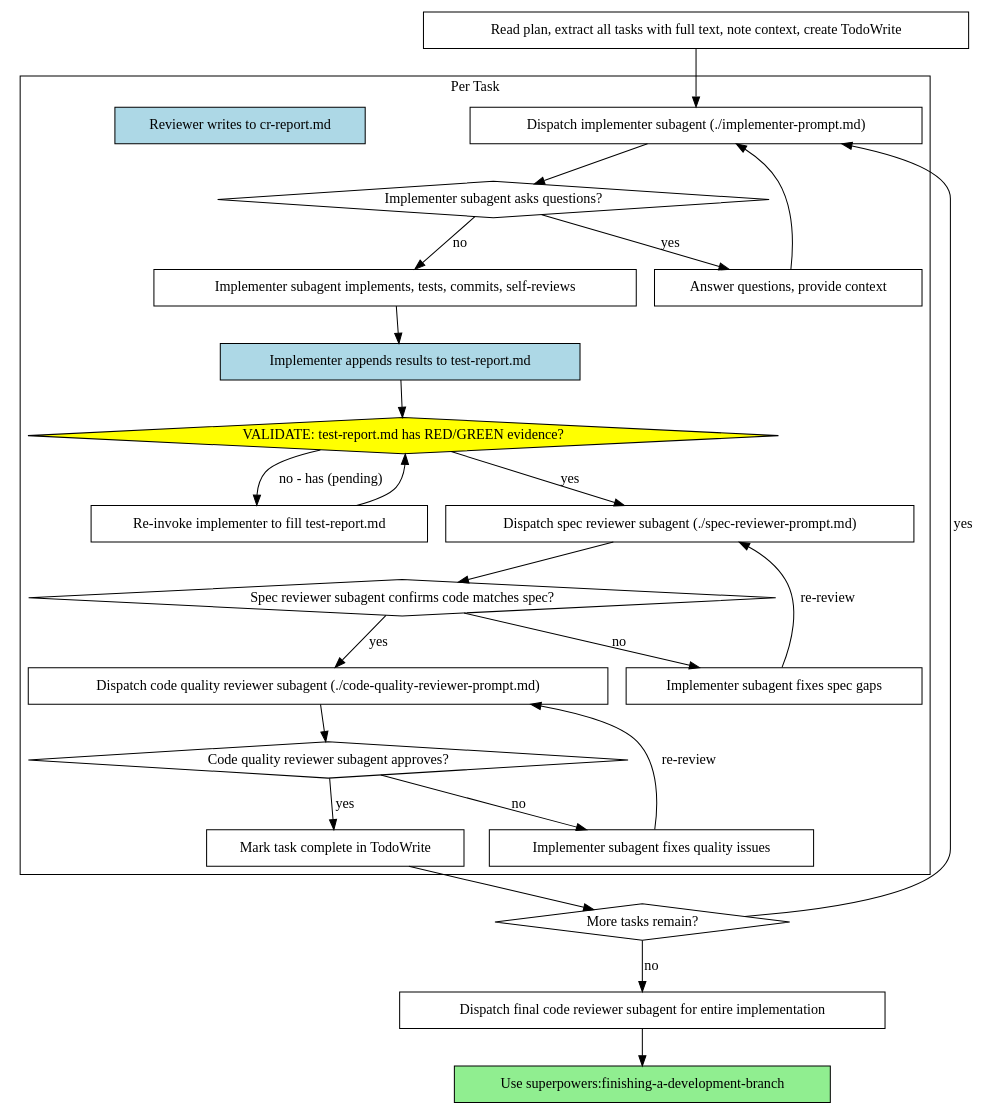
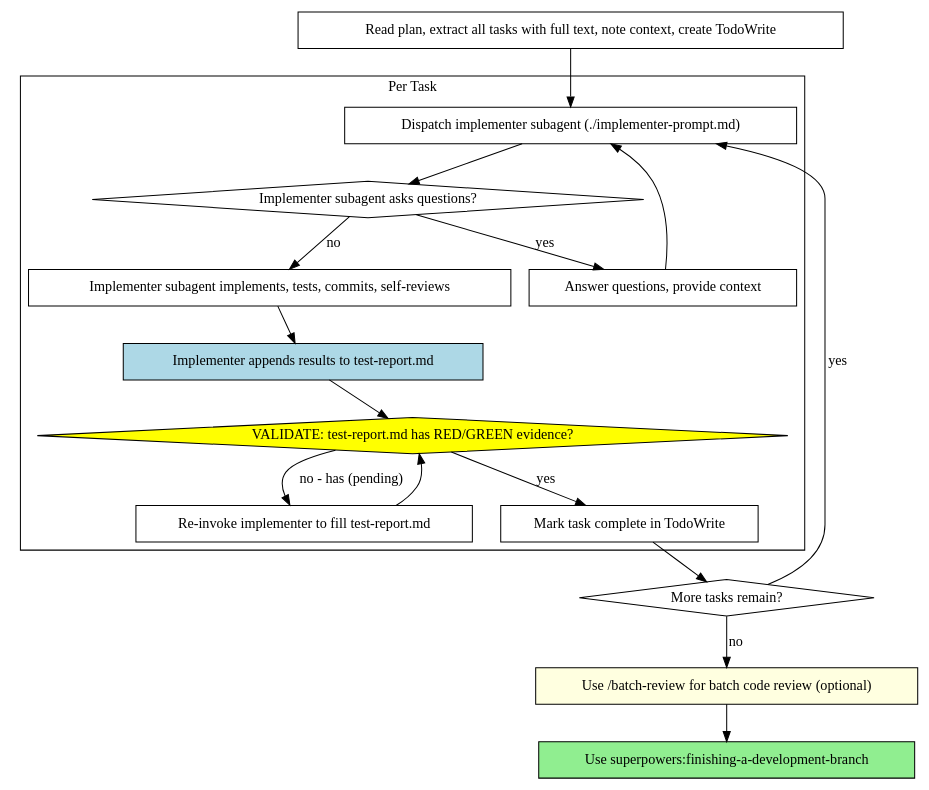
One commit to jerrydinguk-coder/superpowers changed the second of 2 diagrams in skills/subagent-driven-development/SKILL.md. Above: the diagram before and after it, drawn with Graphviz. The commit also changed other lines of this file and 4 other files, not shown here.

First line of the commit message:
feat(workflow): add batch-review skill and optimize subagent workflow

````diff
--- a/skills/subagent-driven-development/SKILL.md
+++ b/skills/subagent-driven-development/SKILL.md
@@ -46,52 +46,37 @@
 ```dot
 digraph process {
     rankdir=TB;
 
     subgraph cluster_per_task {
         label="Per Task";
         "Dispatch implementer subagent (./implementer-prompt.md)" [shape=box];
         "Implementer subagent asks questions?" [shape=diamond];
         "Answer questions, provide context" [shape=box];
         "Implementer subagent implements, tests, commits, self-reviews" [shape=box];
         "Implementer appends results to test-report.md" [shape=box style=filled fillcolor=lightblue];
         "VALIDATE: test-report.md has RED/GREEN evidence?" [shape=diamond style=filled fillcolor=yellow];
         "Re-invoke implementer to fill test-report.md" [shape=box];
-        "Dispatch spec reviewer subagent (./spec-reviewer-prompt.md)" [shape=box];
-        "Spec reviewer subagent confirms code matches spec?" [shape=diamond];
-        "Implementer subagent fixes spec gaps" [shape=box];
-        "Dispatch code quality reviewer subagent (./code-quality-reviewer-prompt.md)" [shape=box];
-        "Code quality reviewer subagent approves?" [shape=diamond];
-        "Reviewer writes to cr-report.md" [shape=box style=filled fillcolor=lightblue];
-        "Implementer subagent fixes quality issues" [shape=box];
         "Mark task complete in TodoWrite" [shape=box];
     }
 
     "Read plan, extract all tasks with full text, note context, create TodoWrite" [shape=box];
     "More tasks remain?" [shape=diamond];
-    "Dispatch final code reviewer subagent for entire implementation" [shape=box];
+    "Use /batch-review for batch code review (optional)" [shape=box style=filled fillcolor=lightyellow];
     "Use superpowers:finishing-a-development-branch" [shape=box style=filled fillcolor=lightgreen];
 
     "Read plan, extract all tasks with full text, note context, create TodoWrite" -> "Dispatch implementer subagent (./implementer-prompt.md)";
     "Dispatch implementer subagent (./implementer-prompt.md)" -> "Implementer subagent asks questions?";
     "Implementer subagent asks questions?" -> "Answer questions, provide context" [label="yes"];
     "Answer questions, provide context" -> "Dispatch implementer subagent (./implementer-prompt.md)";
     "Implementer subagent asks questions?" -> "Implementer subagent implements, tests, commits, self-reviews" [label="no"];
     "Implementer subagent implements, tests, commits, self-reviews" -> "Implementer appends results to test-report.md";
     "Implementer appends results to test-report.md" -> "VALIDATE: test-report.md has RED/GREEN evidence?";
     "VALIDATE: test-report.md has RED/GREEN evidence?" -> "Re-invoke implementer to fill test-report.md" [label="no - has (pending)"];
     "Re-invoke implementer to fill test-report.md" -> "VALIDATE: test-report.md has RED/GREEN evidence?";
-    "VALIDATE: test-report.md has RED/GREEN evidence?" -> "Dispatch spec reviewer subagent (./spec-reviewer-prompt.md)" [label="yes"];
-    "Dispatch spec reviewer subagent (./spec-reviewer-prompt.md)" -> "Spec reviewer subagent confirms code matches spec?";
-    "Spec reviewer subagent confirms code matches spec?" -> "Implementer subagent fixes spec gaps" [label="no"];
-    "Implementer subagent fixes spec gaps" -> "Dispatch spec reviewer subagent (./spec-reviewer-prompt.md)" [label="re-review"];
-    "Spec reviewer subagent confirms code matches spec?" -> "Dispatch code quality reviewer subagent (./code-quality-reviewer-prompt.md)" [label="yes"];
-    "Dispatch code quality reviewer subagent (./code-quality-reviewer-prompt.md)" -> "Code quality reviewer subagent approves?";
-    "Code quality reviewer subagent approves?" -> "Implementer subagent fixes quality issues" [label="no"];
-    "Implementer subagent fixes quality issues" -> "Dispatch code quality reviewer subagent (./code-quality-reviewer-prompt.md)" [label="re-review"];
-    "Code quality reviewer subagent approves?" -> "Mark task complete in TodoWrite" [label="yes"];
+    "VALIDATE: test-report.md has RED/GREEN evidence?" -> "Mark task complete in TodoWrite" [label="yes"];
     "Mark task complete in TodoWrite" -> "More tasks remain?";
     "More tasks remain?" -> "Dispatch implementer subagent (./implementer-prompt.md)" [label="yes"];
-    "More tasks remain?" -> "Dispatch final code reviewer subagent for entire implementation" [label="no"];
-    "Dispatch final code reviewer subagent for entire implementation" -> "Use superpowers:finishing-a-development-branch";
+    "More tasks remain?" -> "Use /batch-review for batch code review (optional)" [label="no"];
+    "Use /batch-review for batch code review (optional)" -> "Use superpowers:finishing-a-development-branch";
 }
 ```
````
